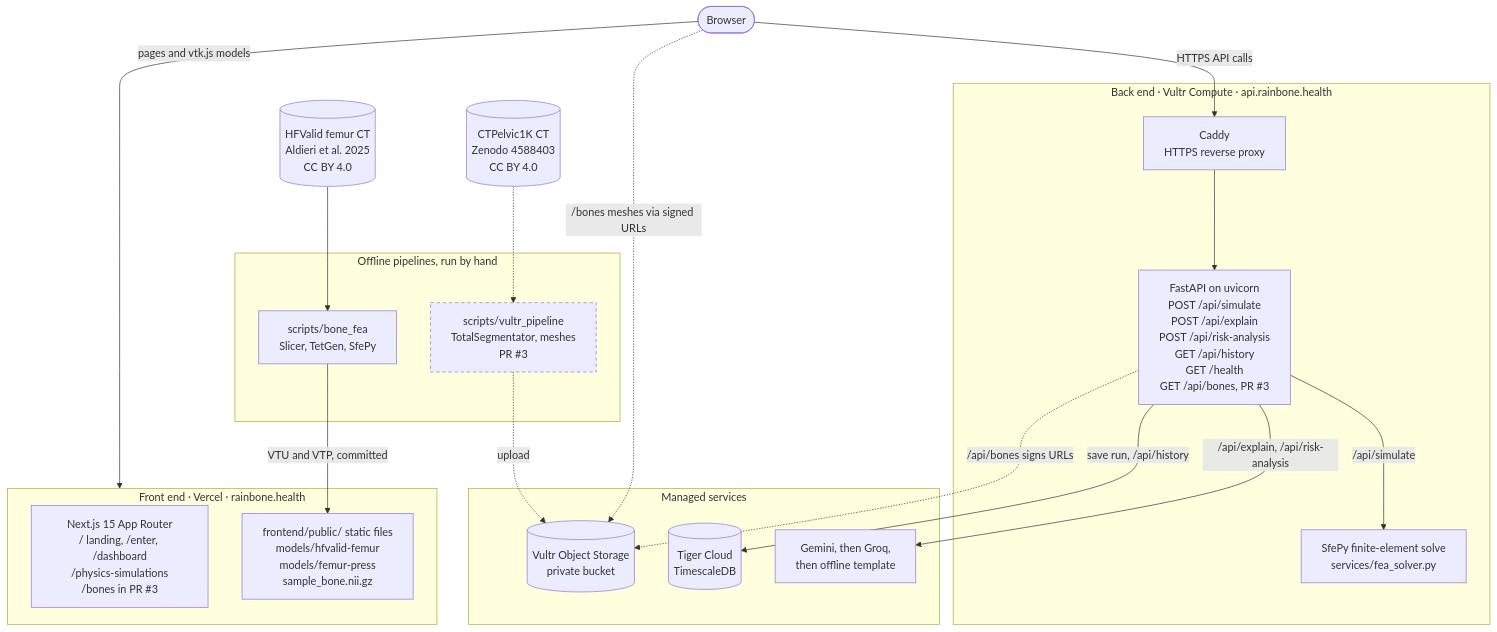
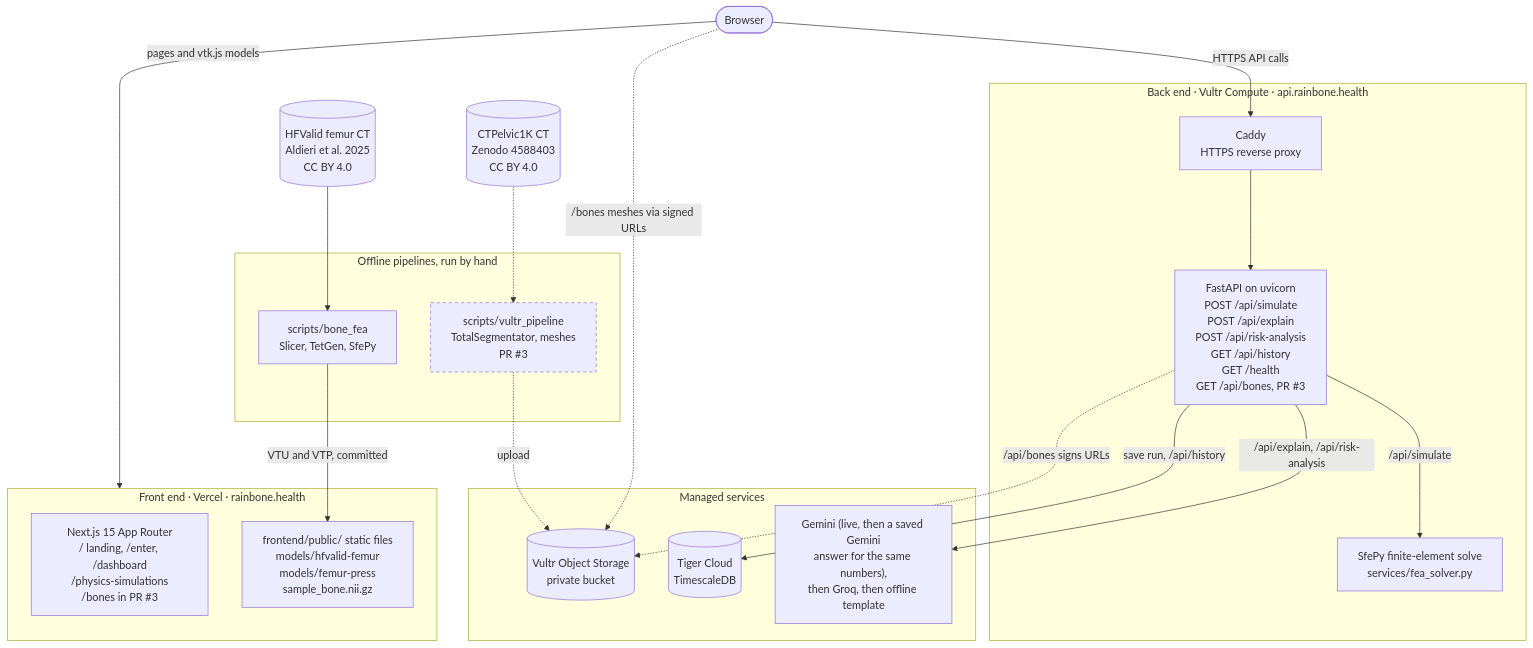
One commit to galitau/Rainbone_prod_hackthevalley11 changed the diagram in README.md. Above: the diagram before and after it, drawn with Mermaid. The commit also changed other lines of this file and 12 other files, not shown here.

````diff
--- a/README.md
+++ b/README.md
@@ -28,45 +28,45 @@
 ```mermaid
 flowchart TB
   user(["Browser"])
 
   subgraph VERCEL["Front end · Vercel · rainbone.health"]
     next["Next.js 15 App Router<br/>/ landing, /enter, /dashboard<br/>/physics-simulations<br/>/bones in PR #3"]
     static["frontend/public/ static files<br/>models/hfvalid-femur<br/>models/femur-press<br/>sample_bone.nii.gz"]
   end
 
   subgraph VULTR["Back end · Vultr Compute · api.rainbone.health"]
     caddy["Caddy<br/>HTTPS reverse proxy"]
     api["FastAPI on uvicorn<br/>POST /api/simulate<br/>POST /api/explain<br/>POST /api/risk-analysis<br/>GET /api/history<br/>GET /health<br/>GET /api/bones, PR #3"]
     fea["SfePy finite-element solve<br/>services/fea_solver.py"]
     caddy --> api
     api -->|"/api/simulate"| fea
   end
 
   subgraph CLOUD["Managed services"]
-    llm["Gemini, then Groq,<br/>then offline template"]
+    llm["Gemini (live, then a saved Gemini<br/>answer for the same numbers),<br/>then Groq, then offline template"]
     tiger[("Tiger Cloud<br/>TimescaleDB")]
     vos[("Vultr Object Storage<br/>private bucket")]
   end
 
   subgraph OFFLINE["Offline pipelines, run by hand"]
     bonefea["scripts/bone_fea<br/>Slicer, TetGen, SfePy"]
     vpipe["scripts/vultr_pipeline<br/>TotalSegmentator, meshes<br/>PR #3"]
   end
 
   hfvalid[("HFValid femur CT<br/>Aldieri et al. 2025<br/>CC BY 4.0")]
   ctp[("CTPelvic1K CT<br/>Zenodo 4588403<br/>CC BY 4.0")]
 
   user -->|"pages and vtk.js models"| VERCEL
   user -->|"HTTPS API calls"| caddy
   user -.->|"/bones meshes via signed URLs"| vos
   api -->|"/api/explain, /api/risk-analysis"| llm
   api -->|"save run, /api/history"| tiger
   api -.->|"/api/bones signs URLs"| vos
   hfvalid --> bonefea
   bonefea -->|"VTU and VTP, committed"| static
   ctp -.-> vpipe
   vpipe -.->|"upload"| vos
 
   classDef pr stroke-dasharray: 5 4
   class vpipe pr
 ```
````
